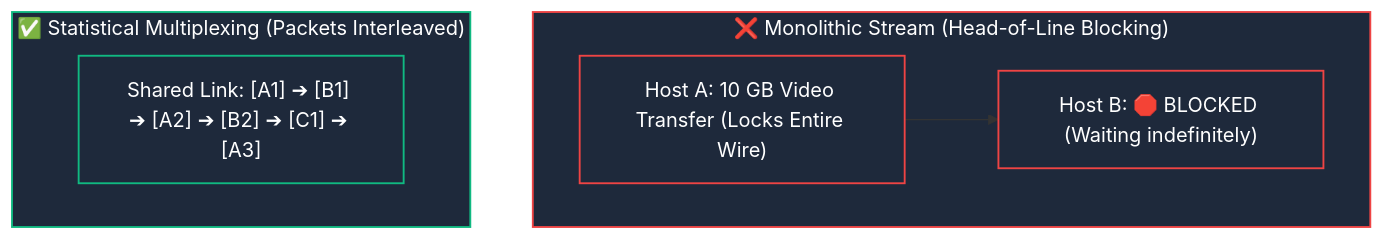
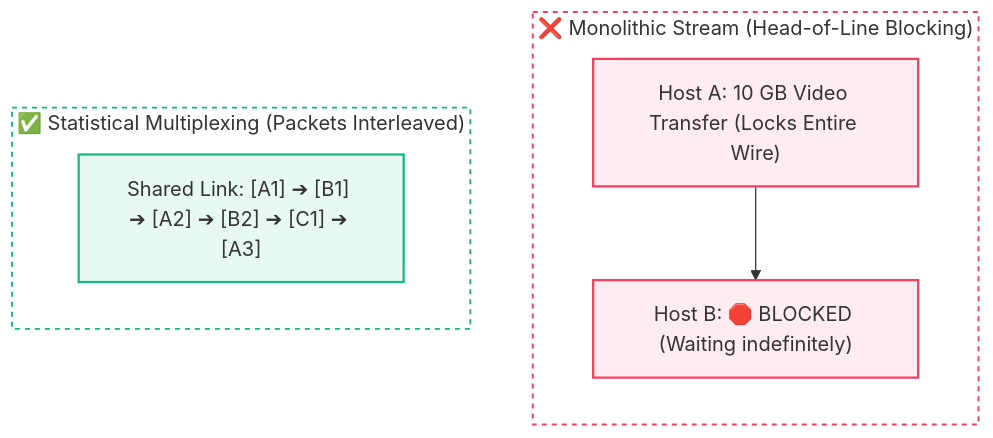
One commit to abhinavbharti2345/CS_Notes changed the second of 3 diagrams in Computer Networking/Packets and Packet Switching.md. Above: the diagram before and after it, drawn with Mermaid. The commit also changed other lines of this file and 47 other files, not shown here.

Commit message:
docs: add computer science study notes and generate graphify visualization output

````diff
--- a/Computer Networking/Packets and Packet Switching.md
+++ b/Computer Networking/Packets and Packet Switching.md
@@ -57,15 +60,21 @@
 ```mermaid
 flowchart TD
     subgraph Monolithic ["❌ Monolithic Stream (Head-of-Line Blocking)"]
+        direction TD
         H1["Host A: 10 GB Video Transfer (Locks Entire Wire)"] --> H2["Host B: 🛑 BLOCKED (Waiting indefinitely)"]
     end
 
     subgraph Multiplex ["✅ Statistical Multiplexing (Packets Interleaved)"]
+        direction TD
         Pkt["Shared Link: [A1] ➔ [B1] ➔ [A2] ➔ [B2] ➔ [C1] ➔ [A3]"]
     end
 
-    classDef bad fill:#1e293b,stroke:#ef4444,stroke-width:1.5px,color:#fff;
-    classDef good fill:#1e293b,stroke:#10b981,stroke-width:1.5px,color:#fff;
-    class Monolithic,H1,H2 bad;
-    class Multiplex,Pkt good;
+    style Monolithic fill:none,stroke:#f43f5e,stroke-width:1.5px,stroke-dasharray:4 4
+    style Multiplex fill:none,stroke:#10b981,stroke-width:1.5px,stroke-dasharray:4 4
+
+    classDef bad fill:#f43f5e18,stroke:#f43f5e,stroke-width:1.8px;
+    classDef good fill:#10b98118,stroke:#10b981,stroke-width:1.8px;
+
+    class H1,H2 bad;
+    class Pkt good;
 ```
````
